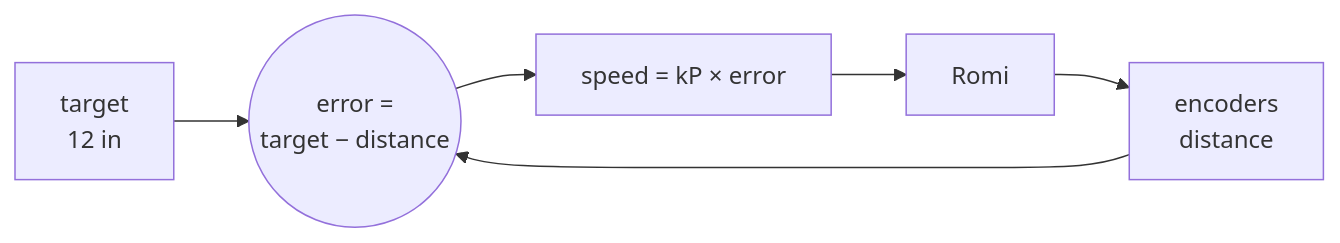
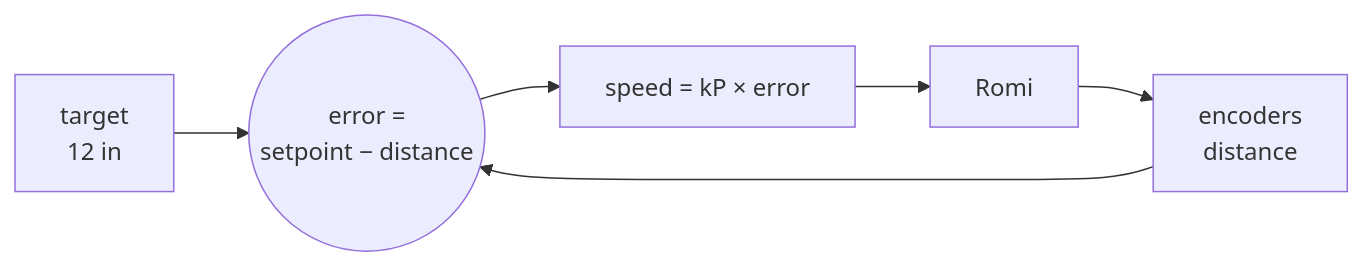
The diagram in Task 2/README.md (ChainLynxRobotics/Romi-Projects), drawn with Mermaid before and after one commit. The commit also changed other lines of this file, not shown here.

````diff
--- a/Task 2/README.md
+++ b/Task 2/README.md
@@ -33,8 +39,8 @@
 ```mermaid
 flowchart LR
-    T["target<br/>12 in"] --> E(("error =<br/>target − distance"))
+    T["target<br/>12 in"] --> E(("error =<br/>setpoint − distance"))
     M["encoders<br/>distance"] --> E
     E --> P["speed = kP × error"]
     P --> R["Romi"]
     R --> M
 ```
````
